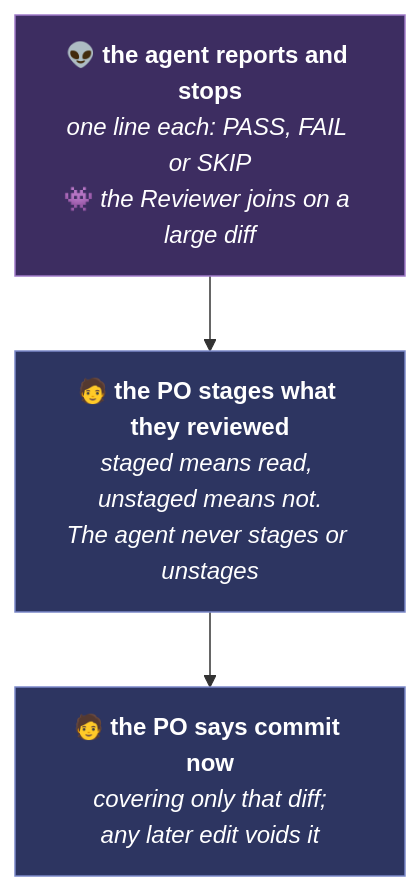
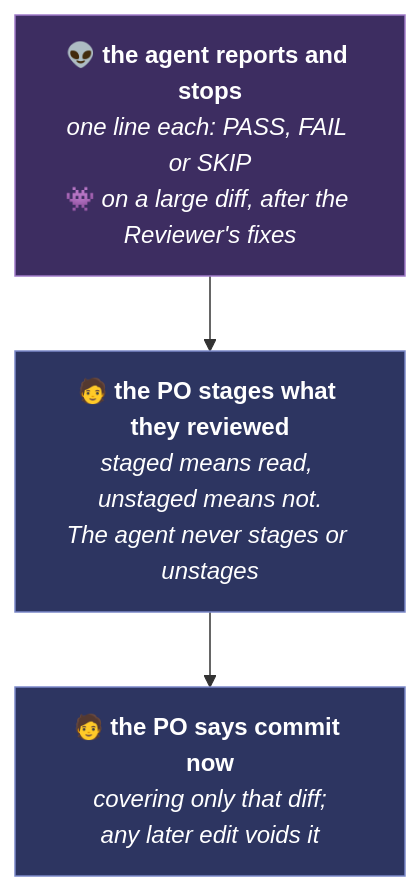
One commit to MoonModules/MoonLight changed the fifth of 6 diagrams in CLAUDE.md. Above: the diagram before and after it, drawn with Mermaid. The commit also changed other lines of this file and 32 other files, not shown here.

````diff
--- a/CLAUDE.md
+++ b/CLAUDE.md
@@ -218,12 +218,12 @@
 ```mermaid
 flowchart TB
-    report["<b>👽 the agent reports and stops</b><br/><i>one line each: PASS, FAIL or SKIP</i><br/>👾 <i>the Reviewer joins on a large diff</i>"]
+    report["<b>👽 the agent reports and stops</b><br/><i>one line each: PASS, FAIL or SKIP</i><br/>👾 <i>on a large diff, after the Reviewer's fixes</i>"]
     stage["<b>🧑 the PO stages what they reviewed</b><br/><i>staged means read, unstaged means not.<br/>The agent never stages or unstages</i>"]
     now["<b>🧑 the PO says commit now</b><br/><i>covering only that diff;<br/>any later edit voids it</i>"]
     report --> stage --> now
 
     classDef po fill:#2d3561,stroke:#7b88c9,color:#fff
     classDef agent fill:#3d2d61,stroke:#a07bc9,color:#fff
     class stage,now po
     class report agent
 ```
````
